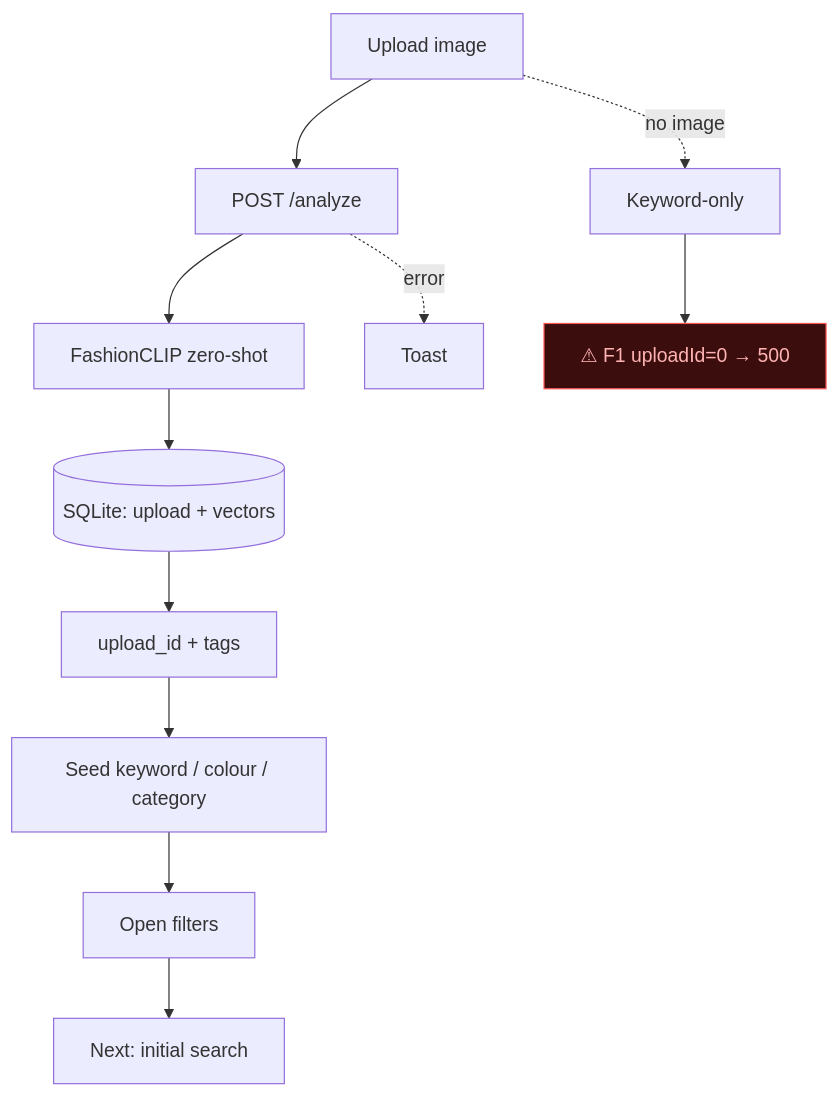
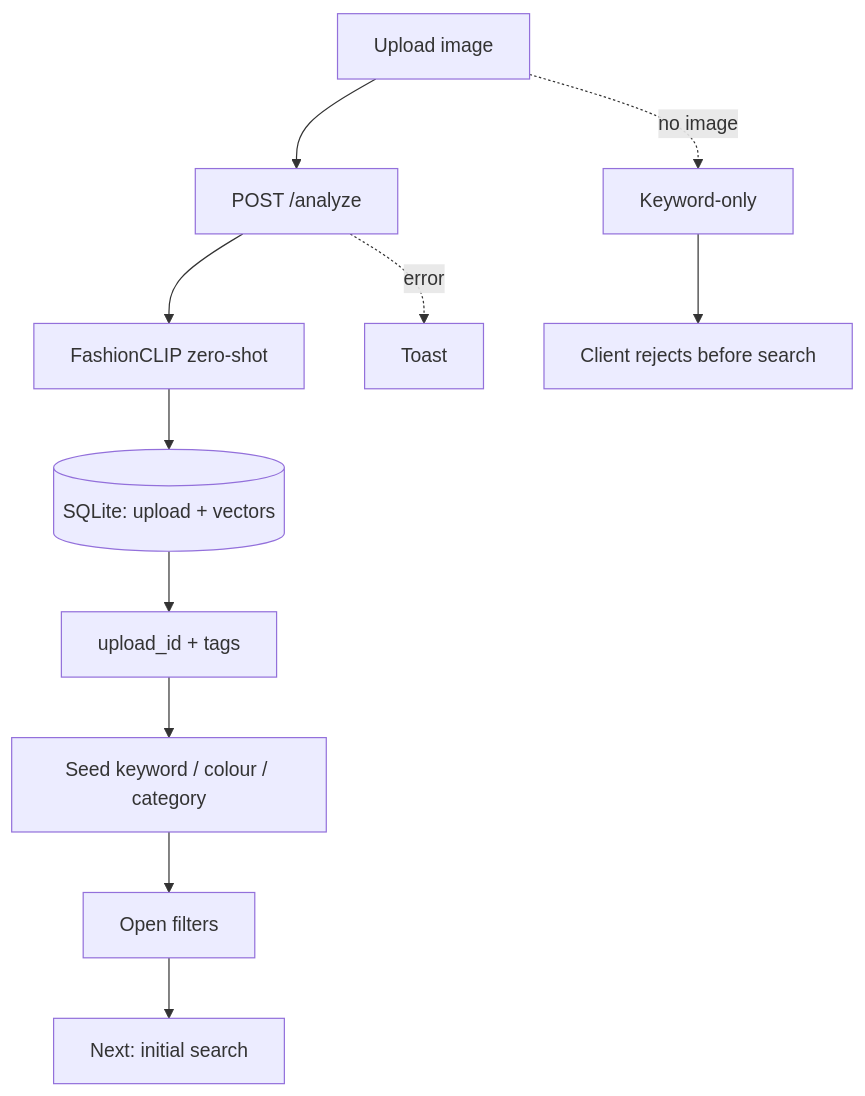
One commit to bvechiato/rack-sorter changed the second of 6 diagrams in docs/flows/README.md. Above: the diagram before and after it, drawn with Mermaid. The commit also changed other lines of this file and 4 other files, not shown here.

````diff
--- a/docs/flows/README.md
+++ b/docs/flows/README.md
@@ -120,17 +120,15 @@
 ```mermaid
 flowchart TD
     classDef fault fill:#3b0d0d,stroke:#ff5a5a,color:#ffb3b3;
 
     U[Upload image] --> A[POST /analyze]
     A --> C[FashionCLIP zero-shot]
     C --> S[(SQLite: upload + vectors)]
     S --> R[upload_id + tags]
     R --> K[Seed keyword / colour / category]
     K --> P[Open filters]
     P --> N[Next: initial search]
     A -. error .-> E[Toast]
     U -. no image .-> KW[Keyword-only]
-    KW --> F1[⚠ F1 uploadId=0 → 500]
-
-    class F1 fault
+    KW --> BLOCK[Client rejects before search]
 ```
````
